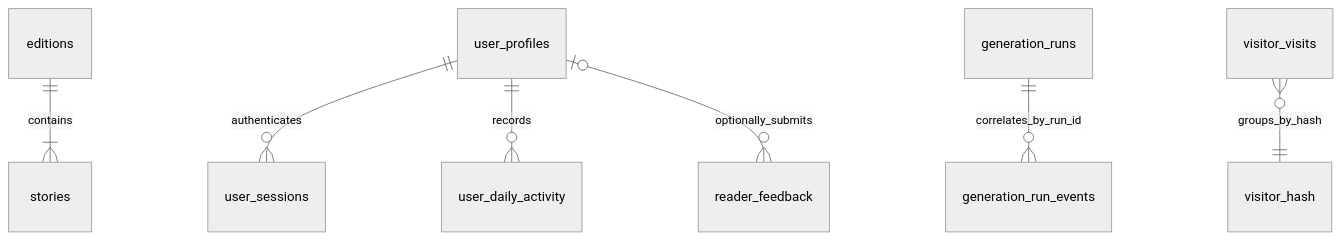
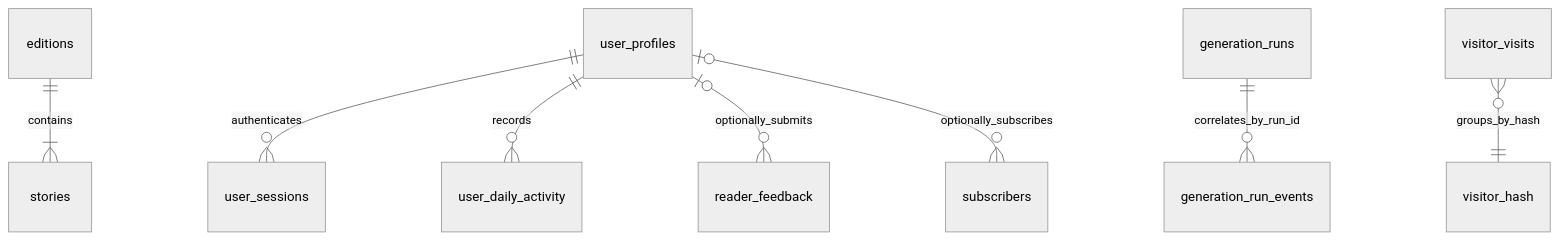
One commit to RadheCode/AINuggets changed the diagram in docs/D1_SCHEMA_REFERENCE.md. Above: the diagram before and after it, drawn with Mermaid (neutral theme). The commit also changed other lines of this file and 12 other files, not shown here.

````diff
--- a/docs/D1_SCHEMA_REFERENCE.md
+++ b/docs/D1_SCHEMA_REFERENCE.md
@@ -27,9 +28,10 @@
 ```mermaid
 erDiagram
   editions ||--|{ stories : contains
   user_profiles ||--o{ user_sessions : authenticates
   user_profiles ||--o{ user_daily_activity : records
   user_profiles o|--o{ reader_feedback : optionally_submits
+  user_profiles o|--o{ subscribers : optionally_subscribes
   generation_runs ||--o{ generation_run_events : correlates_by_run_id
   visitor_visits }o--|| visitor_hash : groups_by_hash
 ```
````
